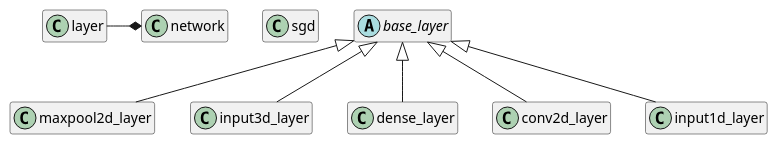
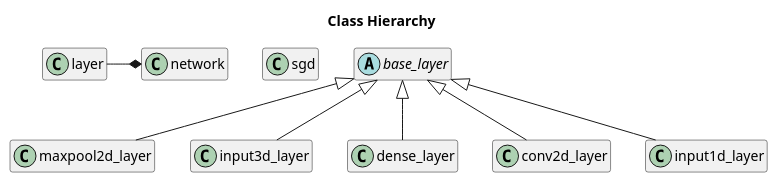
One commit to modern-fortran/neural-fortran changed the diagram in doc/class-hierarchy.puml. Above: the diagram before and after it, drawn with PlantUML. The commit also changed 2 other files, not shown here.

```diff
--- a/doc/class-hierarchy.puml
+++ b/doc/class-hierarchy.puml
@@ -1,17 +1,19 @@
 @startuml
+
+title Class Hierarchy
 
 hide empty members 
 
 class sgd
 
 abstract class base_layer
 
 network *-left- layer 
 
 base_layer <|-- maxpool2d_layer
 base_layer <|-- input3d_layer
 base_layer <|-- dense_layer
 base_layer <|-- conv2d_layer
 base_layer <|-- input1d_layer
 
 @enduml
```
